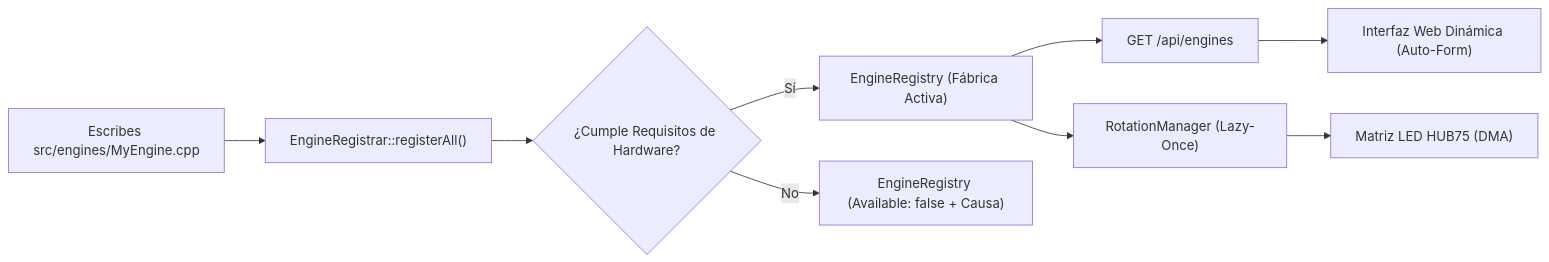
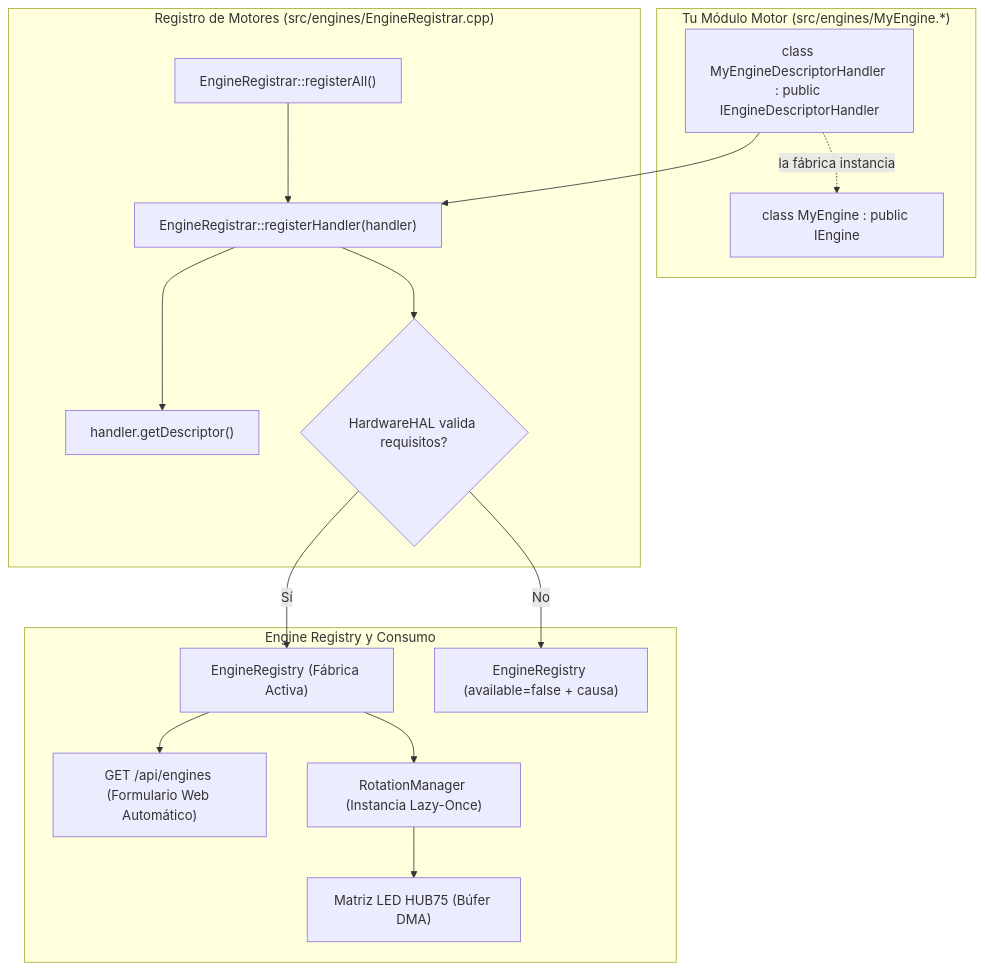
Before and after one commit to red77290/ArcadeMatrix: the diagram in docs/DEVELOPER_ES.md, drawn with Mermaid. The commit also changed other lines of this file and 29 other files, not shown here.

Commit message:
refactor(engines): modularize engine registration with IEngineDescriptorHandler and update docs

````diff
--- a/docs/DEVELOPER_ES.md
+++ b/docs/DEVELOPER_ES.md
@@ -36,11 +36,25 @@
 ```mermaid
-flowchart LR
-    DEV["Escribes src/engines/MyEngine.cpp"] --> REGT["EngineRegistrar::registerAll()"]
-    REGT --> GATING{¿Cumple Requisitos de Hardware?}
-    GATING -->|"Sí"| REG["EngineRegistry (Fábrica Activa)"]
-    GATING -->|"No"| REG2["EngineRegistry (Available: false + Causa)"]
-    REG --> API["GET /api/engines"]
-    API --> UI["Interfaz Web Dinámica (Auto-Form)"]
-    REG --> RM["RotationManager (Lazy-Once)"]
-    RM --> SCREEN["Matriz LED HUB75 (DMA)"]
+flowchart TD
+    subgraph ModuloMotor["Tu Módulo Motor (src/engines/MyEngine.*)"]
+        ENG["class MyEngine : public IEngine"]
+        HND["class MyEngineDescriptorHandler : public IEngineDescriptorHandler"]
+        HND -.->|"la fábrica instancia"| ENG
+    end
+
+    subgraph Registro["Registro de Motores (src/engines/EngineRegistrar.cpp)"]
+        REGT["EngineRegistrar::registerAll()"]
+        REGT --> CALL["EngineRegistrar::registerHandler(handler)"]
+        CALL --> GET["handler.getDescriptor()"]
+        CALL --> GATING{HardwareHAL valida requisitos?}
+    end
+
+    subgraph Core["Engine Registry y Consumo"]
+        GATING -->|"Sí"| REG["EngineRegistry (Fábrica Activa)"]
+        GATING -->|"No"| REG2["EngineRegistry (available=false + causa)"]
+        REG --> API["GET /api/engines (Formulario Web Automático)"]
+        REG --> RM["RotationManager (Instancia Lazy-Once)"]
+        RM --> SCREEN["Matriz LED HUB75 (Búfer DMA)"]
+    end
+
+    HND --> CALL
 ```
````
